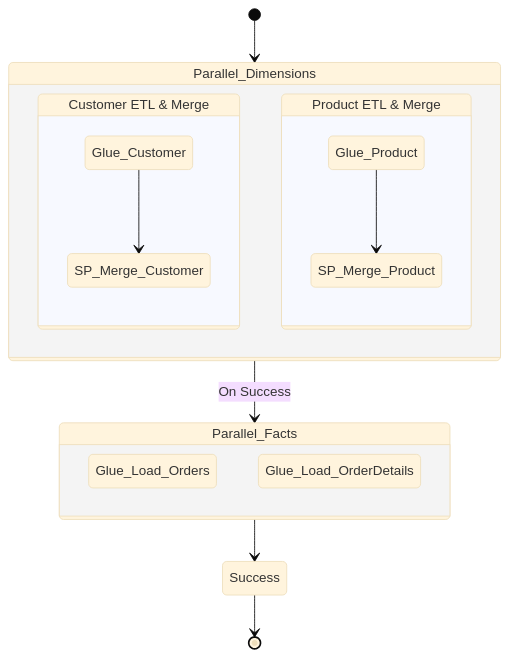
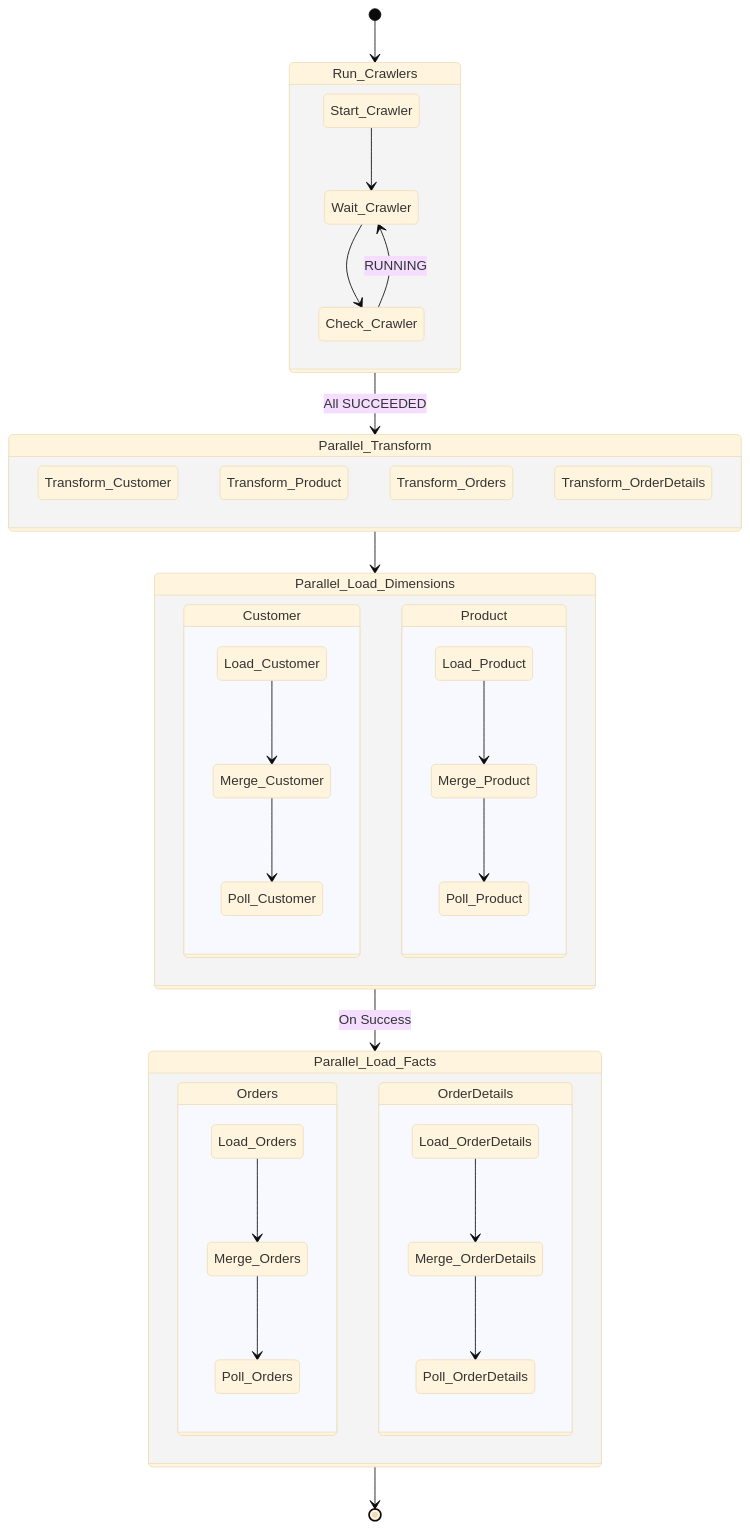
Before and after one commit to jhumigas/aws-data-engineering-project: the diagram in docs/OPERATIONS_GUIDE.md, drawn with Mermaid (base theme). The commit also changed other lines of this file and 4 other files, not shown here.

First line of the commit message:
docs: describe the crawl, transform and fact merge stages

````diff
--- a/docs/OPERATIONS_GUIDE.md
+++ b/docs/OPERATIONS_GUIDE.md
@@ -9,23 +9,47 @@
 ```mermaid
 stateDiagram-v2
-    [*] --> Parallel_Dimensions
-    
-    state Parallel_Dimensions {
-        state "Customer ETL & Merge" as cust {
-            Glue_Customer --> SP_Merge_Customer
+    [*] --> Run_Crawlers
+
+    state Run_Crawlers {
+        Start_Crawler --> Wait_Crawler
+        Wait_Crawler --> Check_Crawler
+        Check_Crawler --> Wait_Crawler: RUNNING
+    }
+
+    Run_Crawlers --> Parallel_Transform: All SUCCEEDED
+
+    state Parallel_Transform {
+        Transform_Customer
+        Transform_Product
+        Transform_Orders
+        Transform_OrderDetails
+    }
+
+    Parallel_Transform --> Parallel_Load_Dimensions
+
+    state Parallel_Load_Dimensions {
+        state "Customer" as cust {
+            Load_Customer --> Merge_Customer
+            Merge_Customer --> Poll_Customer
         }
-        state "Product ETL & Merge" as prod {
-            Glue_Product --> SP_Merge_Product
+        state "Product" as prod {
+            Load_Product --> Merge_Product
+            Merge_Product --> Poll_Product
         }
     }
-    
-    Parallel_Dimensions --> Parallel_Facts: On Success
-    
-    state Parallel_Facts {
-        Glue_Load_Orders
-        Glue_Load_OrderDetails
+
+    Parallel_Load_Dimensions --> Parallel_Load_Facts: On Success
+
+    state Parallel_Load_Facts {
+        state "Orders" as ord {
+            Load_Orders --> Merge_Orders
+            Merge_Orders --> Poll_Orders
+        }
+        state "OrderDetails" as od {
+            Load_OrderDetails --> Merge_OrderDetails
+            Merge_OrderDetails --> Poll_OrderDetails
+        }
     }
-    
-    Parallel_Facts --> Success
-    Success --> [*]
+
+    Parallel_Load_Facts --> [*]
 ```
````
